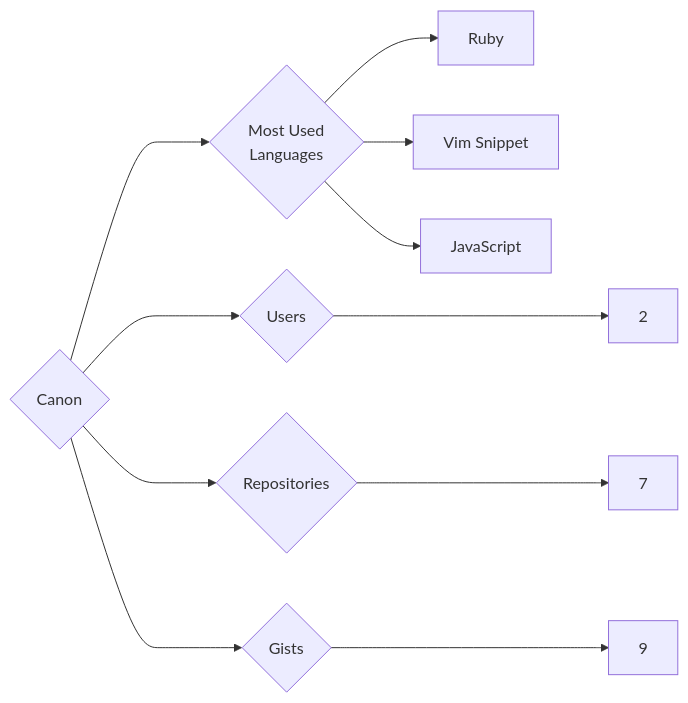
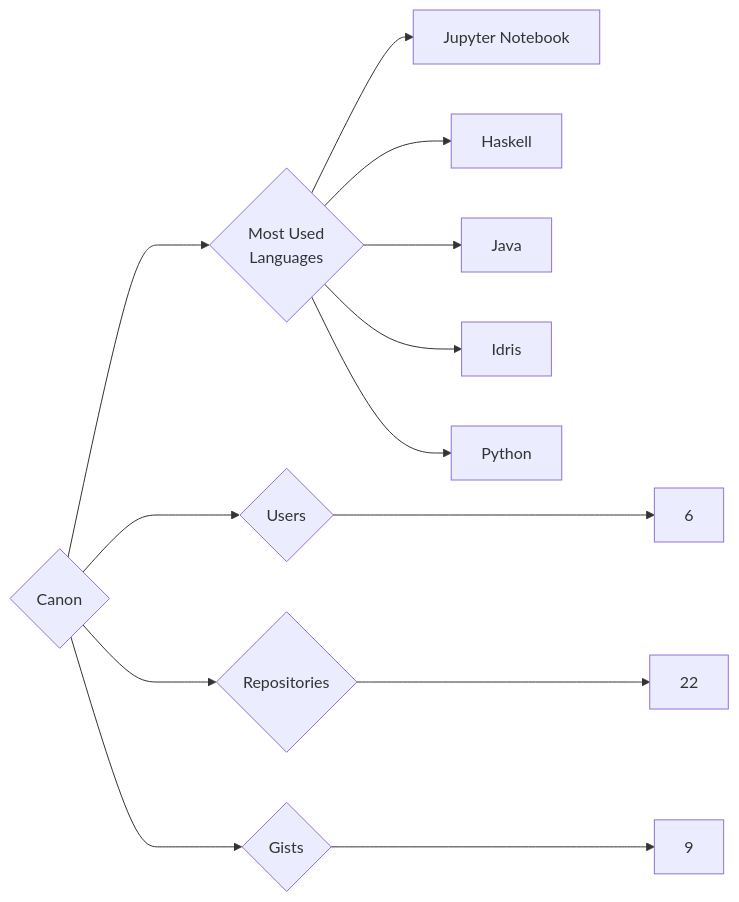
Before and after one commit to trickest/insiders: the diagram in targets/Canon/README.md, drawn with Mermaid. The commit also changed 1078 other files, not shown here.

````diff
--- a/targets/Canon/README.md
+++ b/targets/Canon/README.md
@@ -3,11 +3,13 @@
 ```mermaid
 graph LR
 COMPANY_NAME{Canon}
-COMPANY_NAME ---> U{Users} ---> UN[2]
-COMPANY_NAME ---> R{Repositories} ---> RN[7]
+COMPANY_NAME ---> U{Users} ---> UN[6]
+COMPANY_NAME ---> R{Repositories} ---> RN[22]
 COMPANY_NAME ---> G{Gists} ---> GN[9]
 COMPANY_NAME ---> ML{Most Used<br>Languages}
-ML --> Ruby[Ruby]
-ML --> Vim_Snippet[Vim Snippet]
-ML --> JavaScript[JavaScript]
+ML --> Jupyter_Notebook[Jupyter Notebook]
+ML --> Haskell[Haskell]
+ML --> Java[Java]
+ML --> Idris[Idris]
+ML --> Python[Python]
 ```
````
